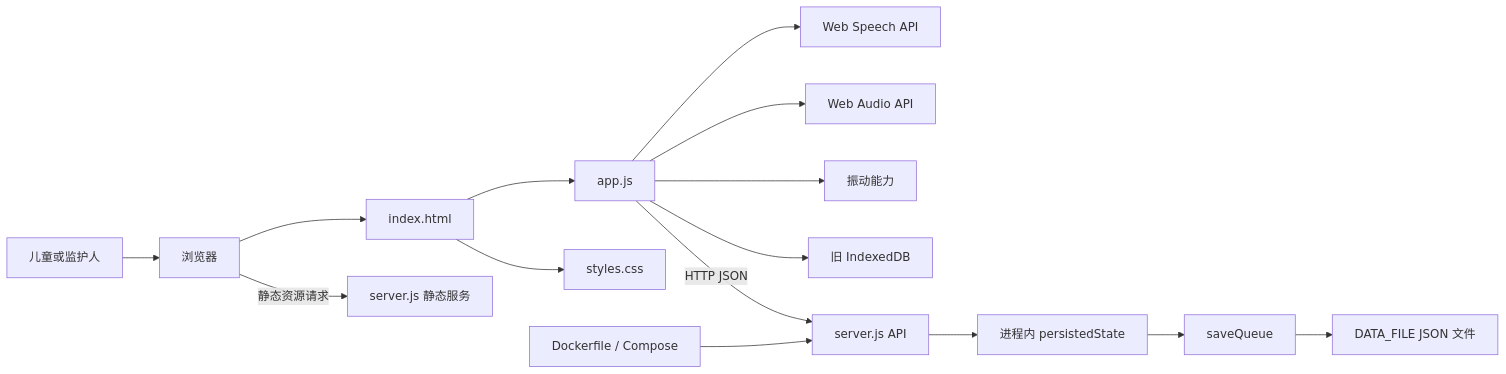
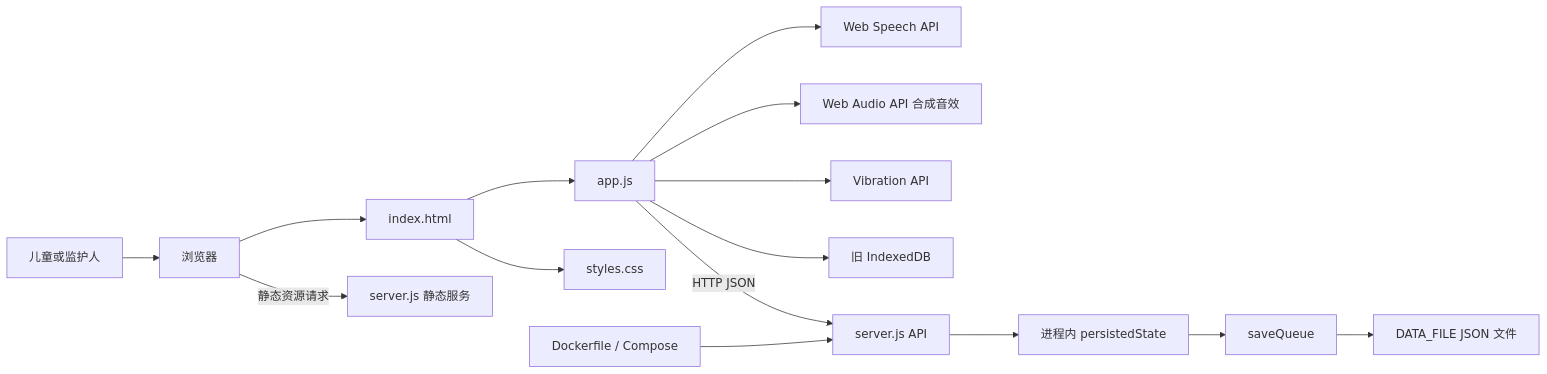
The first of 2 diagrams in docs/codinghub/architecture.md (guccang/yuanbao), drawn with Mermaid before and after one commit. The commit also changed other lines of this file and 3 other files, not shown here.

````diff
--- a/docs/codinghub/architecture.md
+++ b/docs/codinghub/architecture.md
@@ -7,17 +7,17 @@
 ```mermaid
 flowchart LR
     User[儿童或监护人] --> Browser[浏览器]
     Browser --> HTML[index.html]
     HTML --> Client[app.js]
     HTML --> CSS[styles.css]
     Client --> Speech[Web Speech API]
-    Client --> Audio[Web Audio API]
-    Client --> Vibration[振动能力]
+    Client --> Audio[Web Audio API 合成音效]
+    Client --> Vibration[Vibration API]
     Client --> Legacy[旧 IndexedDB]
     Client -->|HTTP JSON| API[server.js API]
     Browser -->|静态资源请求| Static[server.js 静态服务]
     API --> Memory[进程内 persistedState]
     Memory --> Queue[saveQueue]
     Queue --> File[DATA_FILE JSON 文件]
     Deploy[Dockerfile / Compose] --> API
 ```
````
